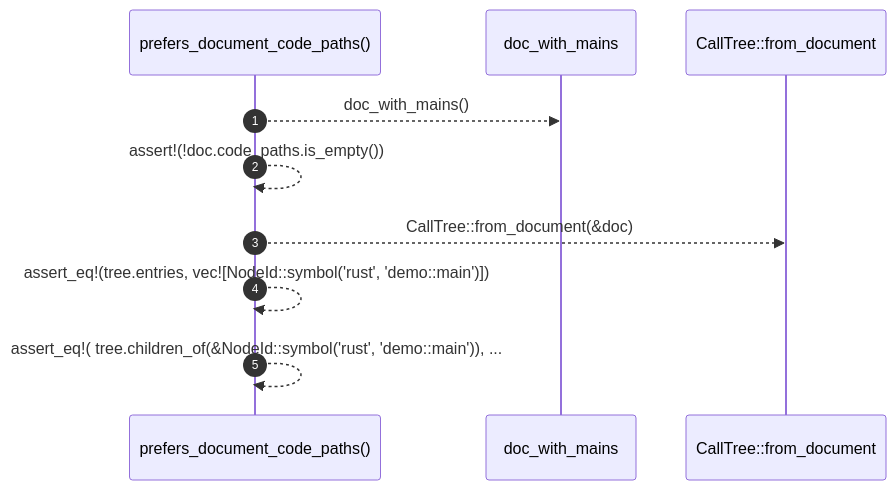
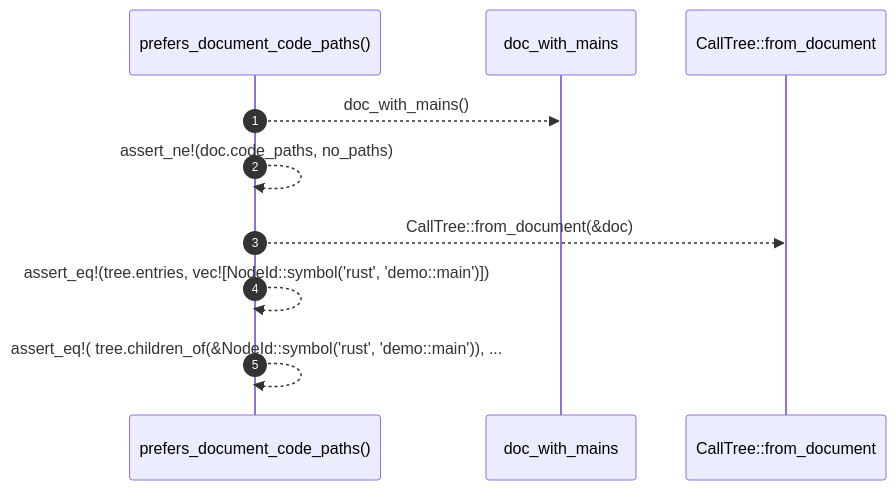
Before and after one commit to RyanGuild/self-describing-code: the diagram in docs/self-model/robby_render/view/entrypoints/tests/prefers-document-code-paths.md, drawn with Mermaid. The commit also changed other lines of this file and 747 other files, not shown here.

````diff
--- a/docs/self-model/robby_render/view/entrypoints/tests/prefers-document-code-paths.md
+++ b/docs/self-model/robby_render/view/entrypoints/tests/prefers-document-code-paths.md
@@ -26,12 +27,12 @@
 ```mermaid
 sequenceDiagram
     autonumber
     participant prefers_document_code_paths as prefers_document_code_paths()
     participant doc_with_mains as doc_with_mains
     participant CallTree__from_document as CallTree::from_document
     prefers_document_code_paths-->>doc_with_mains: doc_with_mains()
-    prefers_document_code_paths-->>prefers_document_code_paths: assert!(!doc.code_paths.is_empty())
+    prefers_document_code_paths-->>prefers_document_code_paths: assert_ne!(doc.code_paths, no_paths)
     prefers_document_code_paths-->>CallTree__from_document: CallTree::from_document(&doc)
     prefers_document_code_paths-->>prefers_document_code_paths: assert_eq!(tree.entries, vec![NodeId::symbol('rust', 'demo::main')])
     prefers_document_code_paths-->>prefers_document_code_paths: assert_eq!( tree.children_of(&NodeId::symbol('rust', 'demo::main')), ...
 ```
````
